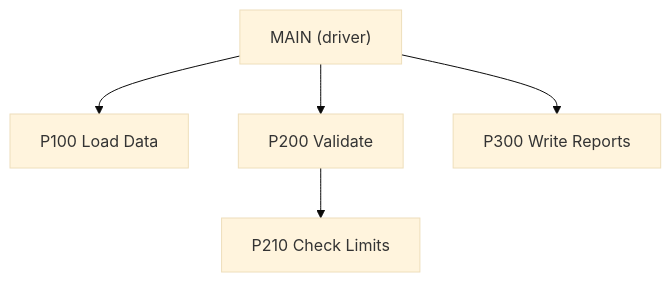
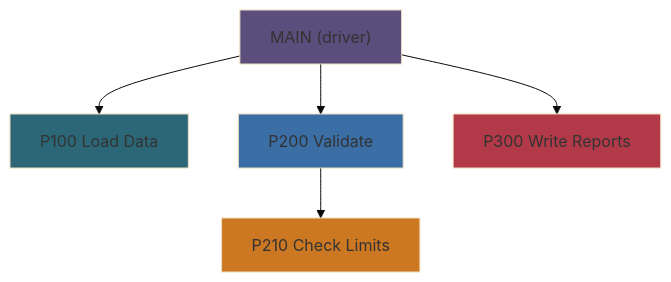
The fourth of 5 diagrams in docs/docs-create.md (asynkron/CobolDemo-GITST), drawn with Mermaid (base theme) before and after one commit. The commit also changed other lines of this file and 7 other files, not shown here.

Commit message:
Add accent fills to documentation mermaid diagrams

````diff
--- a/docs/docs-create.md
+++ b/docs/docs-create.md
@@ -86,7 +99,13 @@
 ```mermaid
 graph TD
   MAIN["MAIN (driver)"] --> P100["P100 Load Data"]
   MAIN --> P200["P200 Validate"]
   P200 --> P210["P210 Check Limits"]
   MAIN --> P300["P300 Write Reports"]
+  %% Emphasize driver versus specialist routines for clarity.
+  style MAIN fill:#5A4E7C
+  style P100 fill:#2B6777
+  style P200 fill:#3A6EA5
+  style P210 fill:#CC7722
+  style P300 fill:#B23A48
 ```
````
